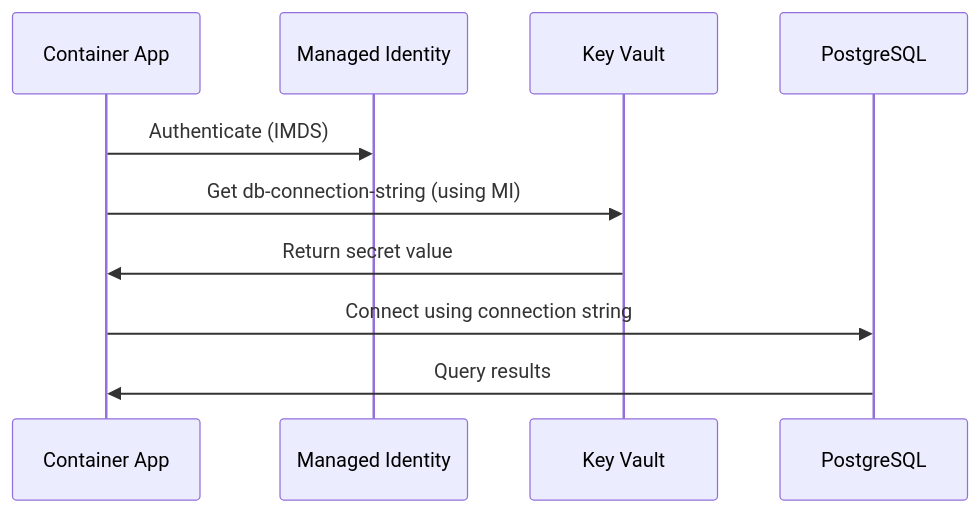
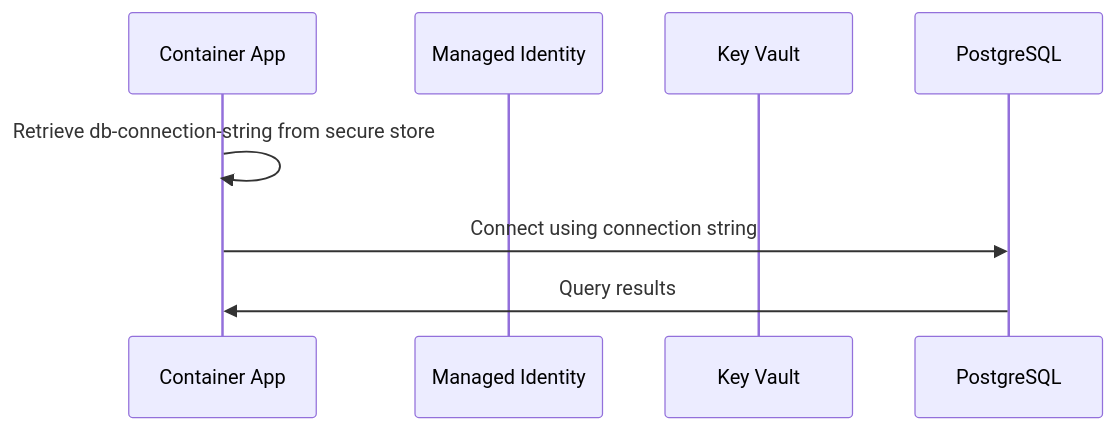
Before and after one commit to yaribouwman/fabriccapacitymonitor: the second of 4 diagrams in docs/architecture.md, drawn with Mermaid. The commit also changed 8 other files, not shown here.

````diff
--- a/docs/architecture.md
+++ b/docs/architecture.md
@@ -51,13 +51,11 @@
 ```mermaid
 sequenceDiagram
     participant App as Container App
     participant MI as Managed Identity
     participant KV as Key Vault
     participant DB as PostgreSQL
 
-    App->>MI: Authenticate (IMDS)
-    App->>KV: Get db-connection-string (using MI)
-    KV->>App: Return secret value
+    App->>App: Retrieve db-connection-string from secure store
     App->>DB: Connect using connection string
     DB->>App: Query results
 ```
````
